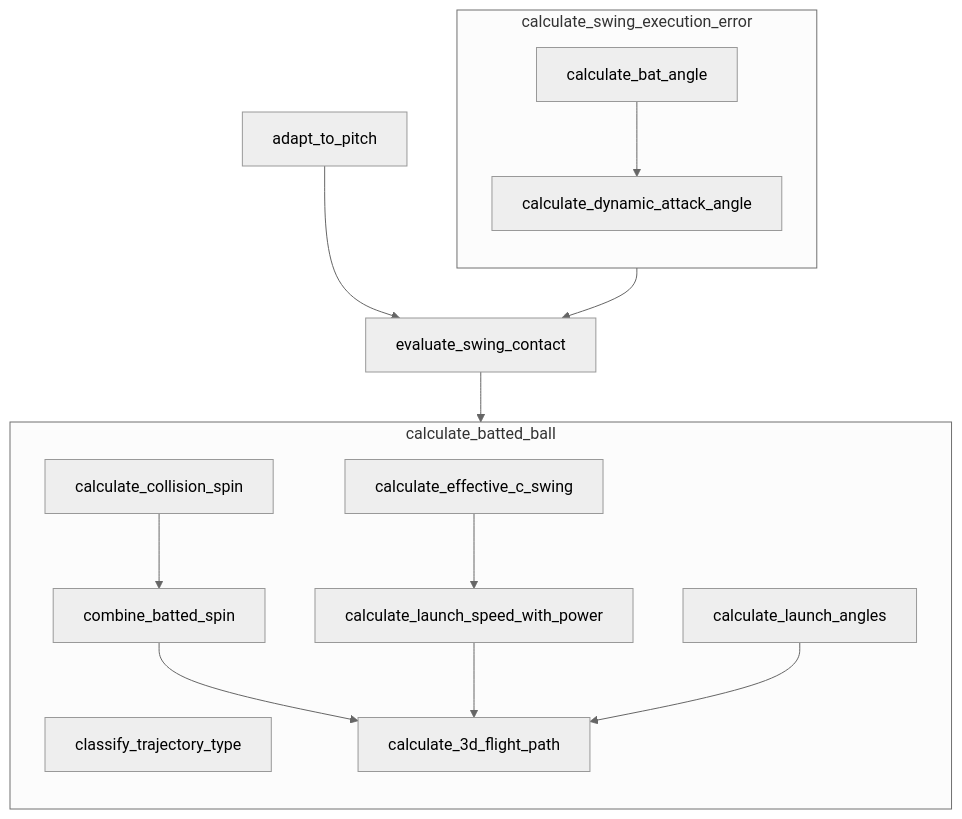
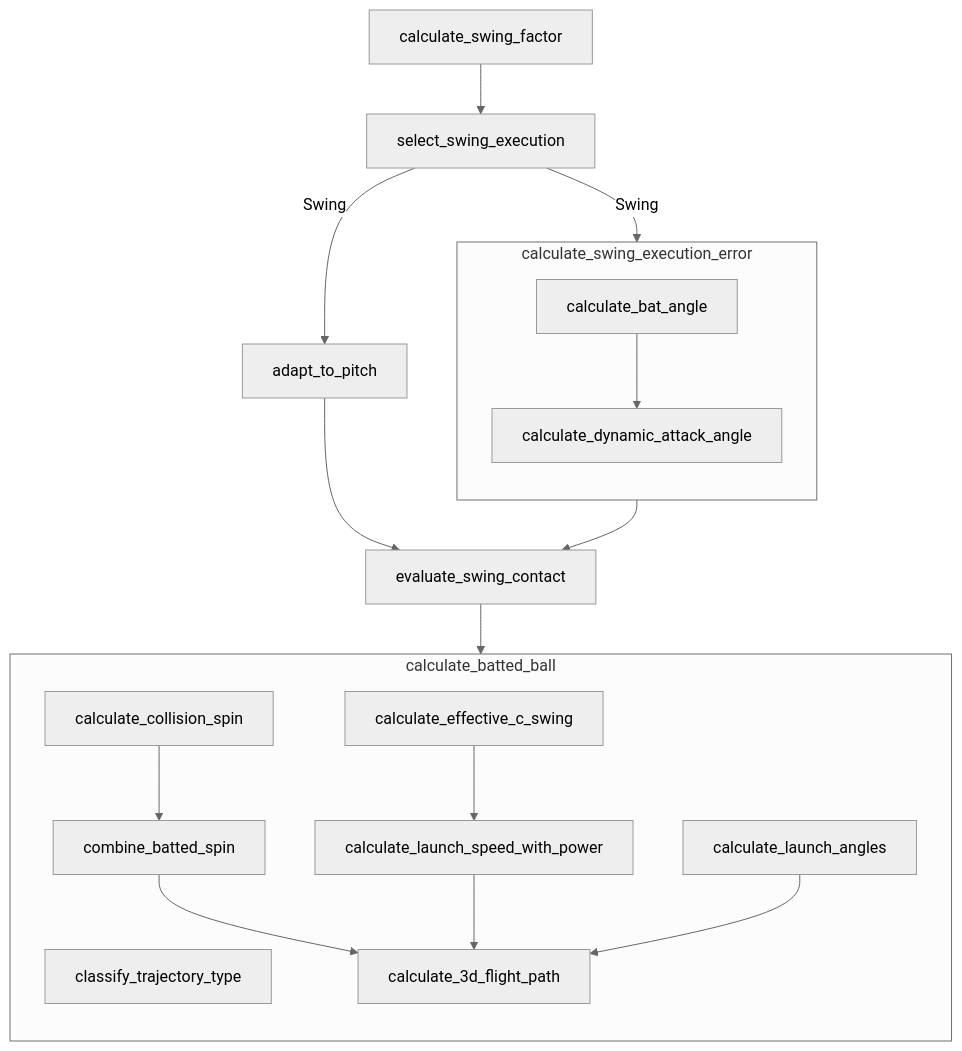
The diagram in docs/mmd/batting_diagram.mmd (torafugu/saberbb), drawn with Mermaid (neutral theme) before and after one commit. The commit also changed 9 other files, not shown here.

Commit message:
select_swing_execution was added.

```diff
--- a/docs/mmd/batting_diagram.mmd
+++ b/docs/mmd/batting_diagram.mmd
@@ -1,16 +1,18 @@
 flowchart TD
-    adapt_to_pitch --> evaluate_swing_contact
-    calculate_swing_execution_error --> evaluate_swing_contact --> calculate_batted_ball
+    calculate_swing_factor --> select_swing_execution
+    select_swing_execution --> |Swing|adapt_to_pitch --> evaluate_swing_contact
+    select_swing_execution --> |Swing|calculate_swing_execution_error --> evaluate_swing_contact
+    evaluate_swing_contact --> calculate_batted_ball
 
     subgraph calculate_swing_execution_error
         direction TB
         calculate_bat_angle --> calculate_dynamic_attack_angle
     end
 
     subgraph calculate_batted_ball
         direction TB
         classify_trajectory_type
         calculate_collision_spin --> combine_batted_spin --> calculate_3d_flight_path
         calculate_effective_c_swing --> calculate_launch_speed_with_power --> calculate_3d_flight_path
         calculate_launch_angles --> calculate_3d_flight_path
     end
```
